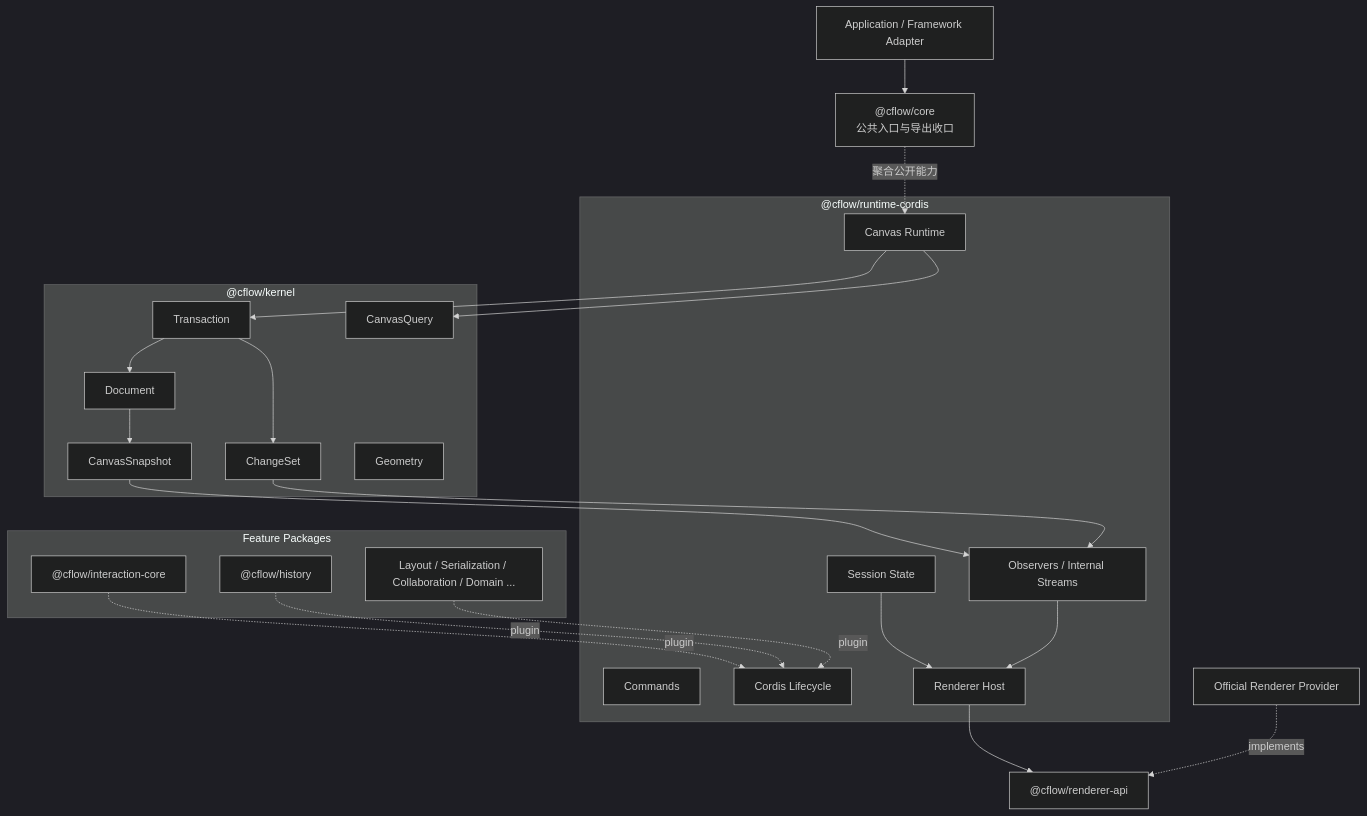
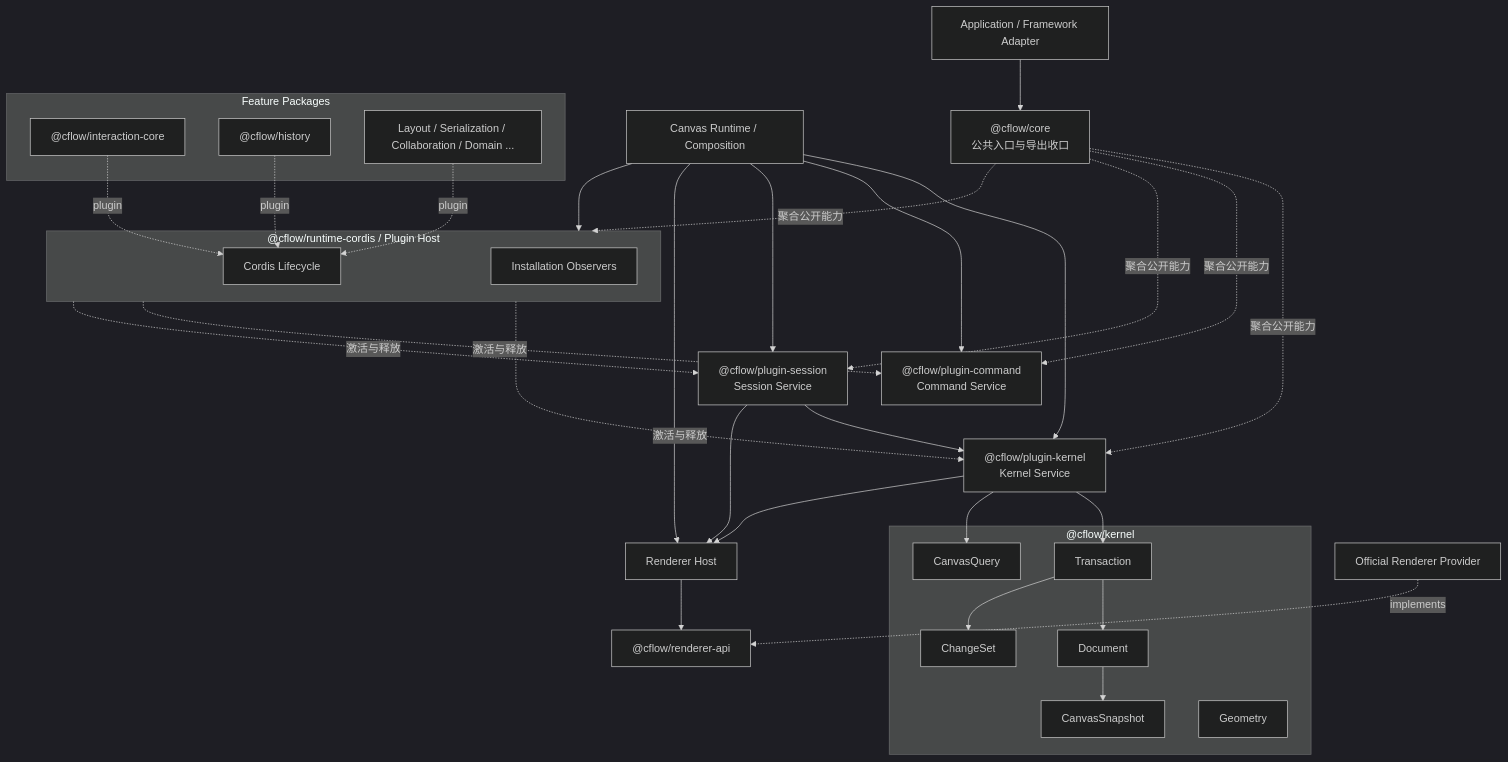
One commit to ZWkang/nodebraid changed the diagram in docs/architecture-baseline-v0.md. Above: the diagram before and after it, drawn with Mermaid (dark theme). The commit also changed other lines of this file and 5 other files, not shown here.

Commit message:
docs: define Session domain and architecture boundaries

````diff
--- a/docs/architecture-baseline-v0.md
+++ b/docs/architecture-baseline-v0.md
@@ -33,49 +33,61 @@
 ```mermaid
 flowchart TB
     Application["Application / Framework Adapter"]
     Core["@cflow/core<br/>公共入口与导出收口"]
+    Canvas["Canvas Runtime / Composition"]
 
-    subgraph Runtime["@cflow/runtime-cordis"]
-        Canvas["Canvas Runtime"]
-        Commands["Commands"]
-        Session["Session State"]
+    subgraph Runtime["@cflow/runtime-cordis / Plugin Host"]
         Lifecycle["Cordis Lifecycle"]
-        Observers["Observers / Internal Streams"]
-        RendererHost["Renderer Host"]
+        InstallationObservers["Installation Observers"]
     end
+
+    KernelPlugin["@cflow/plugin-kernel<br/>Kernel Service"]
+    CommandPlugin["@cflow/plugin-command<br/>Command Service"]
+    SessionPlugin["@cflow/plugin-session<br/>Session Service"]
+    RendererHost["Renderer Host"]
 
     subgraph Kernel["@cflow/kernel"]
         Document["Document"]
         Transaction["Transaction"]
         Snapshot["CanvasSnapshot"]
         Query["CanvasQuery"]
         ChangeSet["ChangeSet"]
         Geometry["Geometry"]
     end
 
     RendererAPI["@cflow/renderer-api"]
     RendererProvider["Official Renderer Provider"]
 
     subgraph Features["Feature Packages"]
         Interaction["@cflow/interaction-core"]
         History["@cflow/history"]
         Optional["Layout / Serialization / Collaboration / Domain ..."]
     end
 
     Application --> Core
-    Core -. "聚合公开能力" .-> Canvas
-    Canvas --> Transaction
-    Canvas --> Query
+    Core -. "聚合公开能力" .-> Runtime
+    Core -. "聚合公开能力" .-> KernelPlugin
+    Core -. "聚合公开能力" .-> CommandPlugin
+    Core -. "聚合公开能力" .-> SessionPlugin
+    Canvas --> Runtime
+    Canvas --> KernelPlugin
+    Canvas --> CommandPlugin
+    Canvas --> SessionPlugin
+    Canvas --> RendererHost
+    Runtime -. "激活与释放" .-> KernelPlugin
+    Runtime -. "激活与释放" .-> CommandPlugin
+    Runtime -. "激活与释放" .-> SessionPlugin
+    KernelPlugin --> Transaction
+    KernelPlugin --> Query
     Transaction --> Document
     Document --> Snapshot
     Transaction --> ChangeSet
-    Snapshot --> Observers
-    ChangeSet --> Observers
-    Session --> RendererHost
-    Observers --> RendererHost
+    SessionPlugin --> KernelPlugin
+    SessionPlugin --> RendererHost
+    KernelPlugin --> RendererHost
     RendererHost --> RendererAPI
     RendererProvider -. "implements" .-> RendererAPI
     Interaction -. "plugin" .-> Lifecycle
     History -. "plugin" .-> Lifecycle
     Optional -. "plugin" .-> Lifecycle
 ```
````
